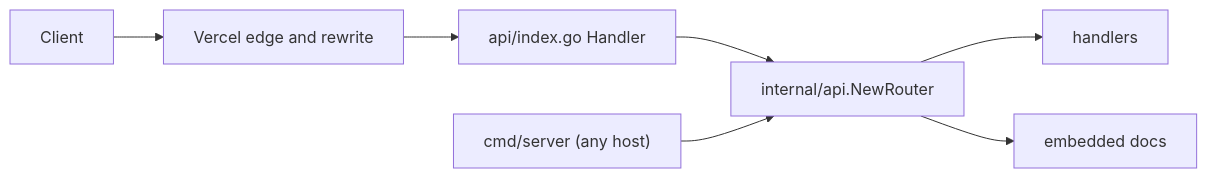
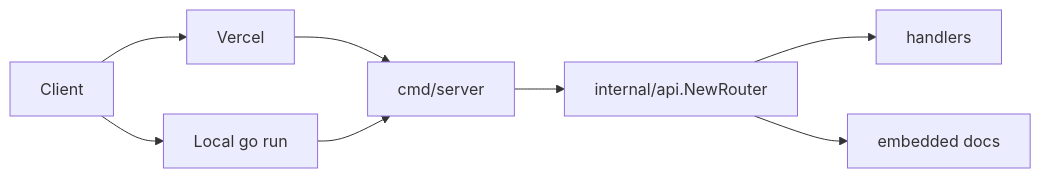
One commit to beningkumalahaqi/go-serverless changed the diagram in docs/architecture.md. Above: the diagram before and after it, drawn with Mermaid. The commit also changed other lines of this file and 8 other files, not shown here.

````diff
--- a/docs/architecture.md
+++ b/docs/architecture.md
@@ -5,9 +5,10 @@
 ```mermaid
 flowchart LR
-  C[Client] --> V[Vercel edge and rewrite]
-  V --> F["api/index.go Handler"]
-  F --> R["internal/api.NewRouter"]
-  S["cmd/server (any host)"] --> R
+  C[Client] --> V[Vercel]
+  C --> L["Local go run"]
+  V --> S["cmd/server"]
+  L --> S
+  S --> R["internal/api.NewRouter"]
   R --> H[handlers]
   R --> D[embedded docs]
 ```
````
